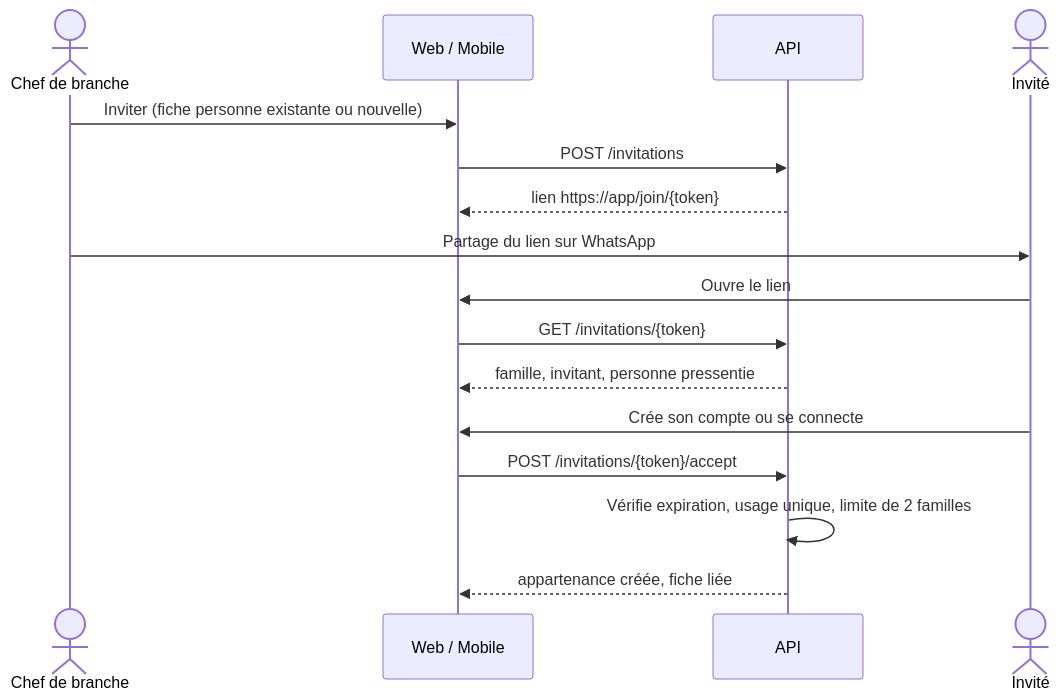
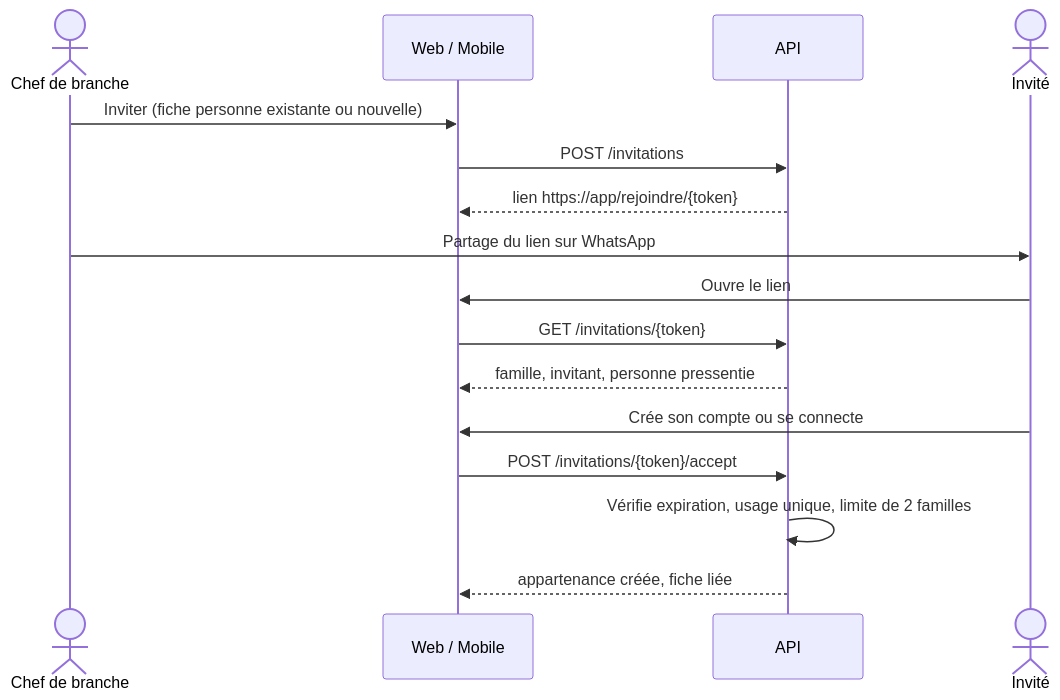
Before and after one commit to ousmanelagrange/MF-SHEENU: the fifth of 8 diagrams in docs/02-conception-globale.md, drawn with Mermaid. The commit also changed 64 other files, not shown here.

````diff
--- a/docs/02-conception-globale.md
+++ b/docs/02-conception-globale.md
@@ -232,18 +232,18 @@
 ```mermaid
 sequenceDiagram
   actor CB as Chef de branche
   participant W as Web / Mobile
   participant A as API
   actor V as Invité
   CB->>W: Inviter (fiche personne existante ou nouvelle)
   W->>A: POST /invitations
-  A-->>W: lien https://app/join/{token}
+  A-->>W: lien https://app/rejoindre/{token}
   CB->>V: Partage du lien sur WhatsApp
   V->>W: Ouvre le lien
   W->>A: GET /invitations/{token}
   A-->>W: famille, invitant, personne pressentie
   V->>W: Crée son compte ou se connecte
   W->>A: POST /invitations/{token}/accept
   A->>A: Vérifie expiration, usage unique, limite de 2 familles
   A-->>W: appartenance créée, fiche liée
 ```
````
